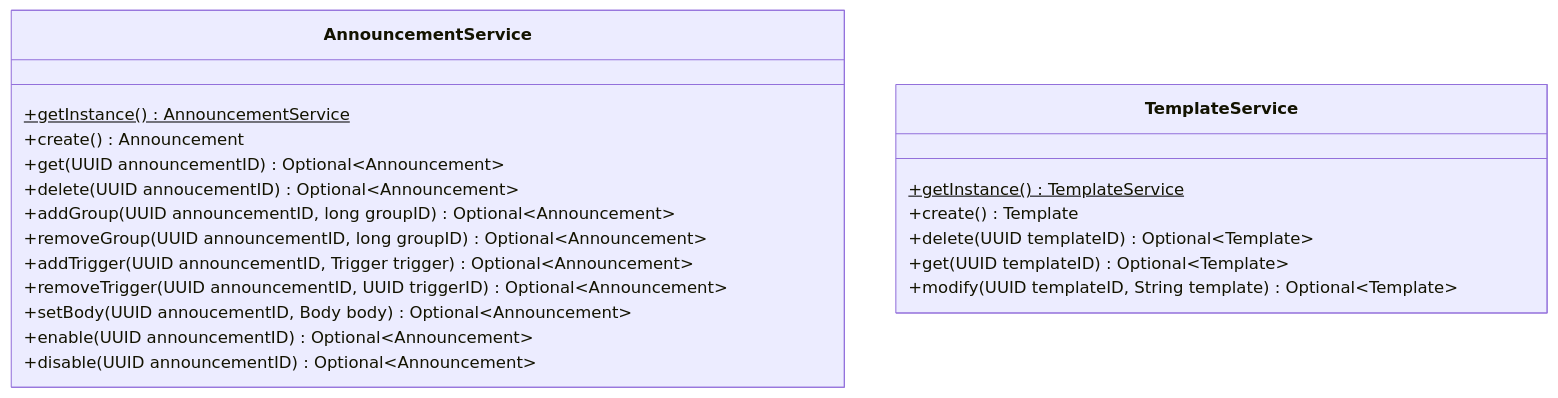
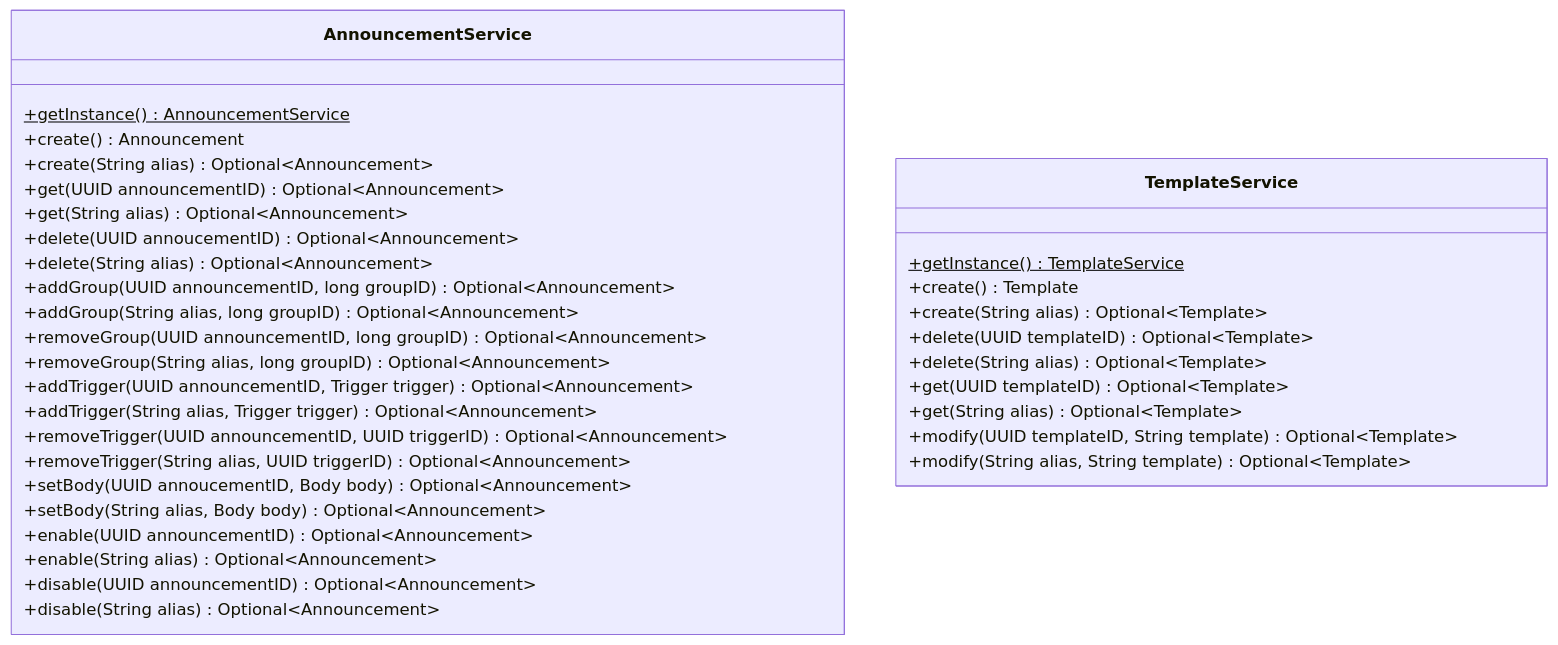
The third of 3 diagrams in docs/class-diagram.md (nanoyou/MaidNana), drawn with Mermaid before and after one commit. The commit also changed other lines of this file, not shown here.

Commit message:
docs: 添加别名

````diff
--- a/docs/class-diagram.md
+++ b/docs/class-diagram.md
@@ -61,25 +68,39 @@
 ```mermaid
 classDiagram
 class AnnouncementService {
     +getInstance()$ AnnouncementService
     
     +create() Announcement
+    +create(String alias) Optional~Announcement~
     +get(UUID announcementID) Optional~Announcement~
+    +get(String alias) Optional~Announcement~
     +delete(UUID annoucementID) Optional~Announcement~
+    +delete(String alias) Optional~Announcement~
     +addGroup(UUID announcementID, long groupID) Optional~Announcement~
+    +addGroup(String alias, long groupID) Optional~Announcement~
     +removeGroup(UUID announcementID, long groupID) Optional~Announcement~
+    +removeGroup(String alias, long groupID) Optional~Announcement~
     +addTrigger(UUID announcementID, Trigger trigger) Optional~Announcement~
+    +addTrigger(String alias, Trigger trigger) Optional~Announcement~
     +removeTrigger(UUID announcementID, UUID triggerID) Optional~Announcement~
+    +removeTrigger(String alias, UUID triggerID) Optional~Announcement~
     +setBody(UUID annoucementID, Body body) Optional~Announcement~
+    +setBody(String alias, Body body) Optional~Announcement~
     +enable(UUID announcementID) Optional~Announcement~
+    +enable(String alias) Optional~Announcement~
     +disable(UUID announcementID) Optional~Announcement~
+    +disable(String alias) Optional~Announcement~
 }
 class TemplateService {
     +getInstance()$ TemplateService
     
     +create() Template
+    +create(String alias) Optional~Template~
     +delete(UUID templateID) Optional~Template~
+    +delete(String alias) Optional~Template~
     +get(UUID templateID) Optional~Template~
+    +get(String alias) Optional~Template~
     +modify(UUID templateID, String template) Optional~Template~
+    +modify(String alias, String template) Optional~Template~
 }
 ```
````
